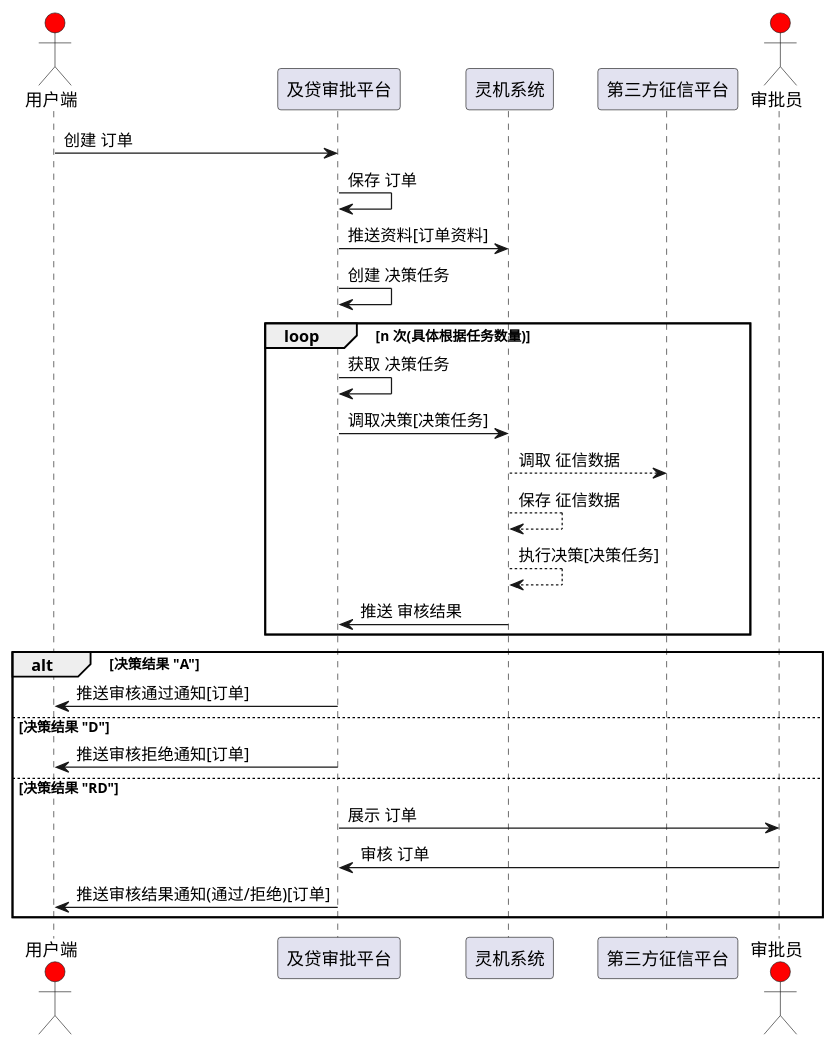
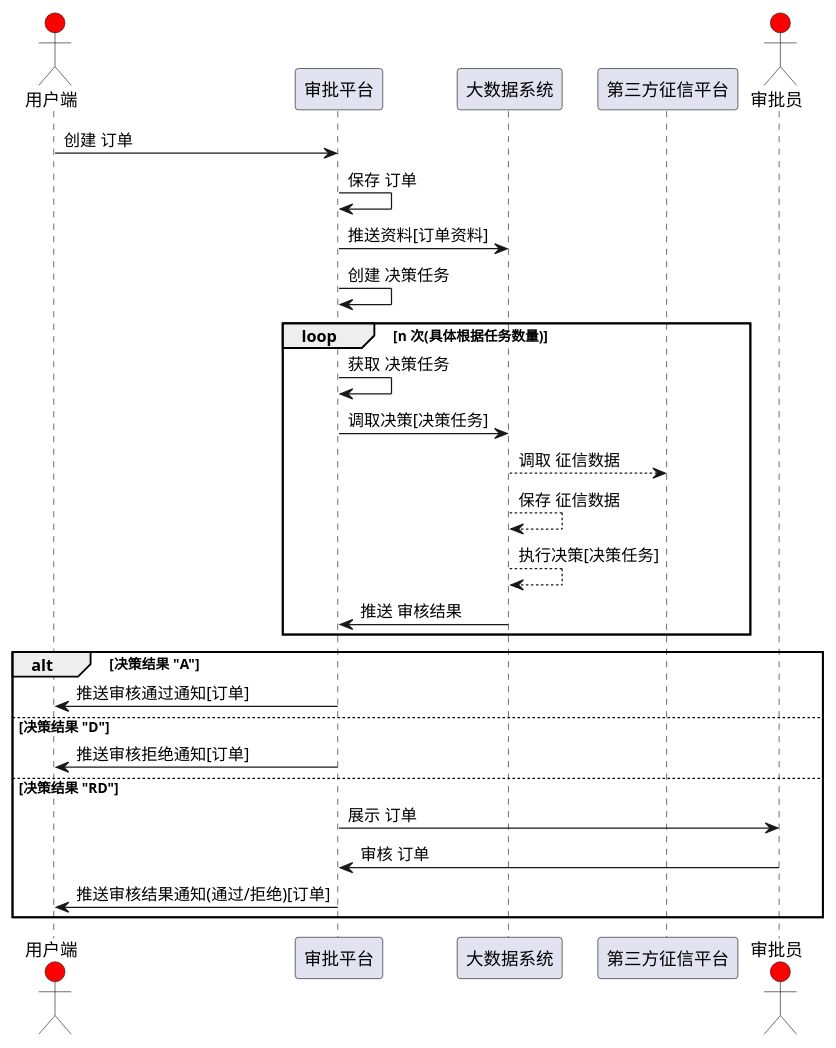
The diagram in untitled/doc/third_activiti.puml (EvanLeung08/eshare-practices), drawn with PlantUML before and after one commit. The commit also changed 2 other files, not shown here.

Commit message:
doc:修改时序图用例名称

```diff
--- a/untitled/doc/third_activiti.puml
+++ b/untitled/doc/third_activiti.puml
@@ -1,32 +1,32 @@
 @startuml
 
 actor 用户端 #red
-participant 及贷审批平台
-participant 灵机系统
+participant 审批平台
+participant 大数据系统
 participant 第三方征信平台
 actor 审批员 #red
 
-用户端 -> 及贷审批平台: 创建 订单
-及贷审批平台 -> 及贷审批平台: 保存 订单
-及贷审批平台 -> 灵机系统: 推送资料[订单资料]
-及贷审批平台 -> 及贷审批平台: 创建 决策任务
+用户端 -> 审批平台: 创建 订单
+审批平台 -> 审批平台: 保存 订单
+审批平台 -> 大数据系统: 推送资料[订单资料]
+审批平台 -> 审批平台: 创建 决策任务
 
 loop n 次(具体根据任务数量)
-及贷审批平台 -> 及贷审批平台: 获取 决策任务
-及贷审批平台 -> 灵机系统: 调取决策[决策任务]
-灵机系统 --> 第三方征信平台: 调取 征信数据
-灵机系统 --> 灵机系统: 保存 征信数据
-灵机系统 --> 灵机系统: 执行决策[决策任务]
-灵机系统 -> 及贷审批平台: 推送 审核结果
+审批平台 -> 审批平台: 获取 决策任务
+审批平台 -> 大数据系统: 调取决策[决策任务]
+大数据系统 --> 第三方征信平台: 调取 征信数据
+大数据系统 --> 大数据系统: 保存 征信数据
+大数据系统 --> 大数据系统: 执行决策[决策任务]
+大数据系统 -> 审批平台: 推送 审核结果
 end
 alt 决策结果 "A"
-及贷审批平台 -> 用户端: 推送审核通过通知[订单]
+审批平台 -> 用户端: 推送审核通过通知[订单]
 else 决策结果 "D"
-及贷审批平台 -> 用户端: 推送审核拒绝通知[订单]
+审批平台 -> 用户端: 推送审核拒绝通知[订单]
 else 决策结果 "RD"
-及贷审批平台 -> 审批员: 展示 订单
-审批员 -> 及贷审批平台: 审核 订单
-及贷审批平台 -> 用户端: 推送审核结果通知(通过/拒绝)[订单]
+审批平台 -> 审批员: 展示 订单
+审批员 -> 审批平台: 审核 订单
+审批平台 -> 用户端: 推送审核结果通知(通过/拒绝)[订单]
 end
 
 @enduml
```
